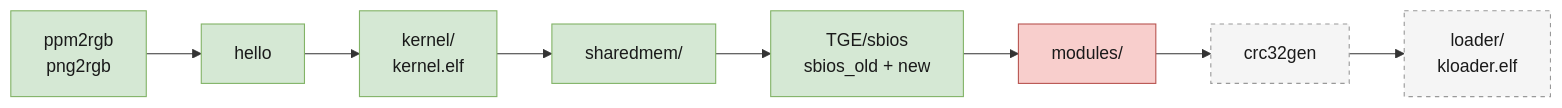
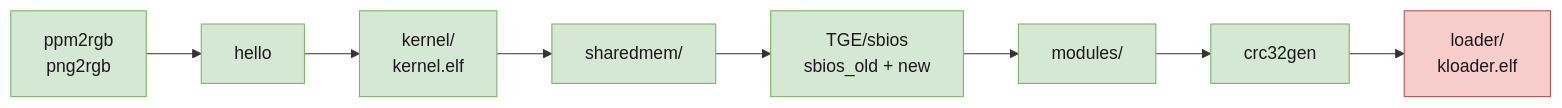
One commit to Arawn-Davies/kernelreloaded changed the diagram in docs/porting-notes.md. Above: the diagram before and after it, drawn with Mermaid. The commit also changed other lines of this file and 6 other files, not shown here.

````diff
--- a/docs/porting-notes.md
+++ b/docs/porting-notes.md
@@ -10,11 +10,10 @@
 ```mermaid
 flowchart LR
     A["ppm2rgb<br/>png2rgb"] --> B["hello"] --> C["kernel/<br/>kernel.elf"] --> D["sharedmem/"] --> E["TGE/sbios<br/>sbios_old + new"] --> F["modules/"] --> G["crc32gen"] --> H["loader/<br/>kloader.elf"]
 
     classDef done fill:#d5e8d4,stroke:#82b366,color:#1a1a1a
     classDef stuck fill:#f8cecc,stroke:#b85450,color:#1a1a1a
     classDef todo fill:#f5f5f5,stroke:#999,stroke-dasharray: 4 4,color:#1a1a1a
-    class A,B,C,D,E done
-    class F stuck
-    class G,H todo
+    class A,B,C,D,E,F,G done
+    class H stuck
 ```
````
